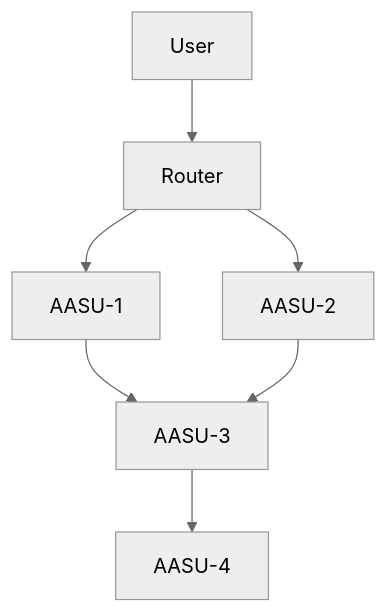
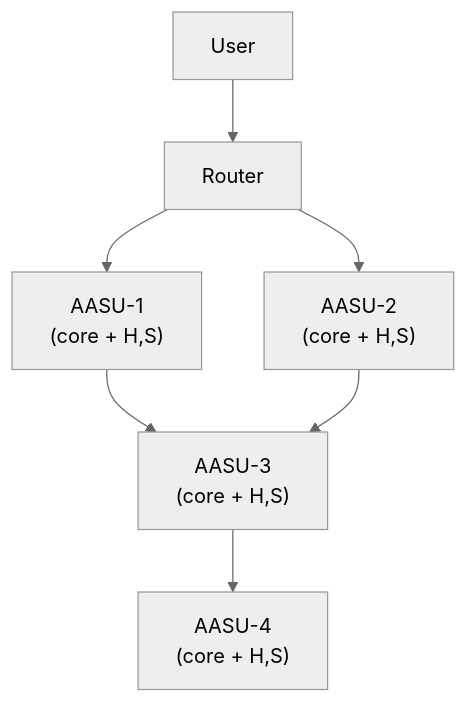
Before and after one commit to SAISec/AASU: the fourth of 4 diagrams in docs/whitepapers/AASU_White_Paper_Extended_v2_2_Enriched.md, drawn with Mermaid (neutral theme). The commit also changed other lines of this file and 20 other files, not shown here.

````diff
--- a/docs/whitepapers/AASU_White_Paper_Extended_v2_2_Enriched.md
+++ b/docs/whitepapers/AASU_White_Paper_Extended_v2_2_Enriched.md
@@ -121,9 +124,9 @@
 ``` mermaid
 flowchart TD
     User --> Router
-    Router --> A1[AASU-1]
-    Router --> A2[AASU-2]
-    A1 --> B1[AASU-3]
+    Router --> A1["AASU-1<br/>(core + H,S)"]
+    Router --> A2["AASU-2<br/>(core + H,S)"]
+    A1 --> B1["AASU-3<br/>(core + H,S)"]
     A2 --> B1
-    B1 --> C1[AASU-4]
+    B1 --> C1["AASU-4<br/>(core + H,S)"]
 ```
````
